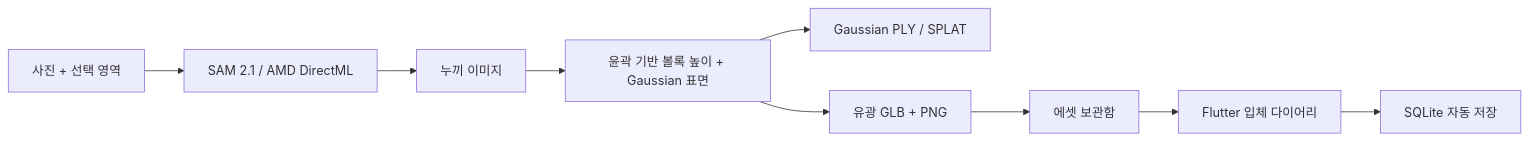
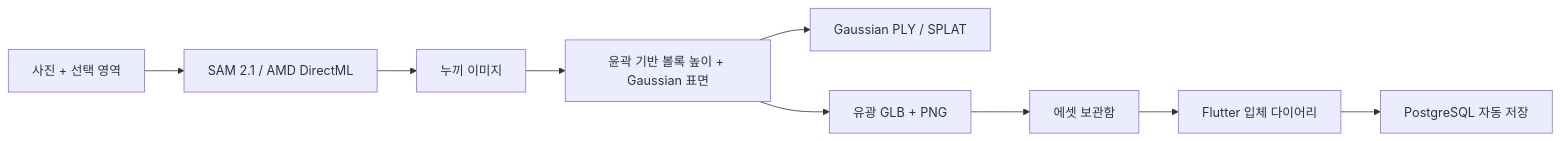
One commit to bloodmoon3929/GoodMorNing-fork changed the diagram in README.md. Above: the diagram before and after it, drawn with Mermaid. The commit also changed other lines of this file and 3 other files, not shown here.

Commit message:
docs: document PostgreSQL setup, migration and the /admin viewer

````diff
--- a/README.md
+++ b/README.md
@@ -84,11 +84,11 @@
 ```mermaid
 flowchart LR
   A[사진 + 선택 영역] --> B[SAM 2.1 / AMD DirectML]
   B --> C[누끼 이미지]
   C --> D[윤곽 기반 볼록 높이 + Gaussian 표면]
   D --> E[Gaussian PLY / SPLAT]
   D --> F[유광 GLB + PNG]
   F --> G[에셋 보관함]
   G --> H[Flutter 입체 다이어리]
-  H --> I[SQLite 자동 저장]
+  H --> I[PostgreSQL 자동 저장]
 ```
````
